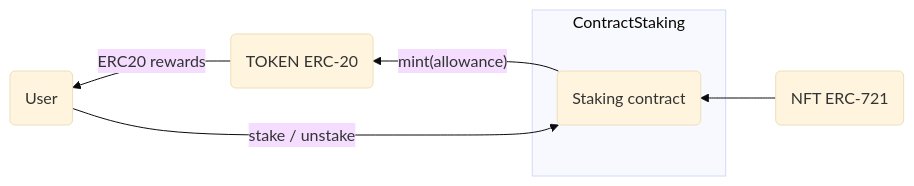
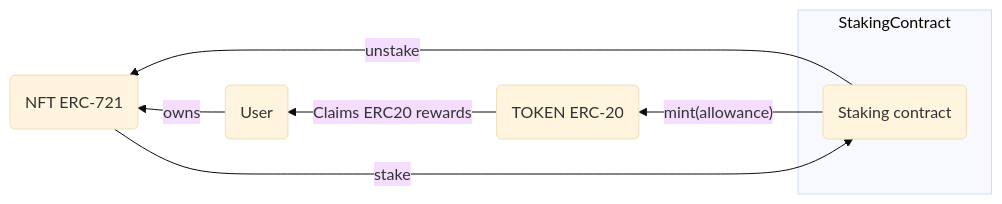
One commit to Lazychain/challenges changed the diagram in doc/0001-staking.md. Above: the diagram before and after it, drawn with Mermaid (base theme).

Commit message:
fix: better uml staking diagram

````diff
--- a/doc/0001-staking.md
+++ b/doc/0001-staking.md
@@ -10,16 +10,17 @@
 ```mermaid
 graph RL
     A(Staking contract)
     B(NFT ERC-721)
     C(User)
     D(TOKEN ERC-20)
 
-    subgraph ContractStaking
+    subgraph StakingContract
         A
     end
 
-    B --> A
-    C -- stake / unstake --> A
+    B -- stake --> A
+    A -- unstake --> B
+    C -- owns --> B
     A -- mint(allowance) --> D
-    D -- ERC20 rewards --> C
+    D -- Claims ERC20 rewards --> C
 ```
````
